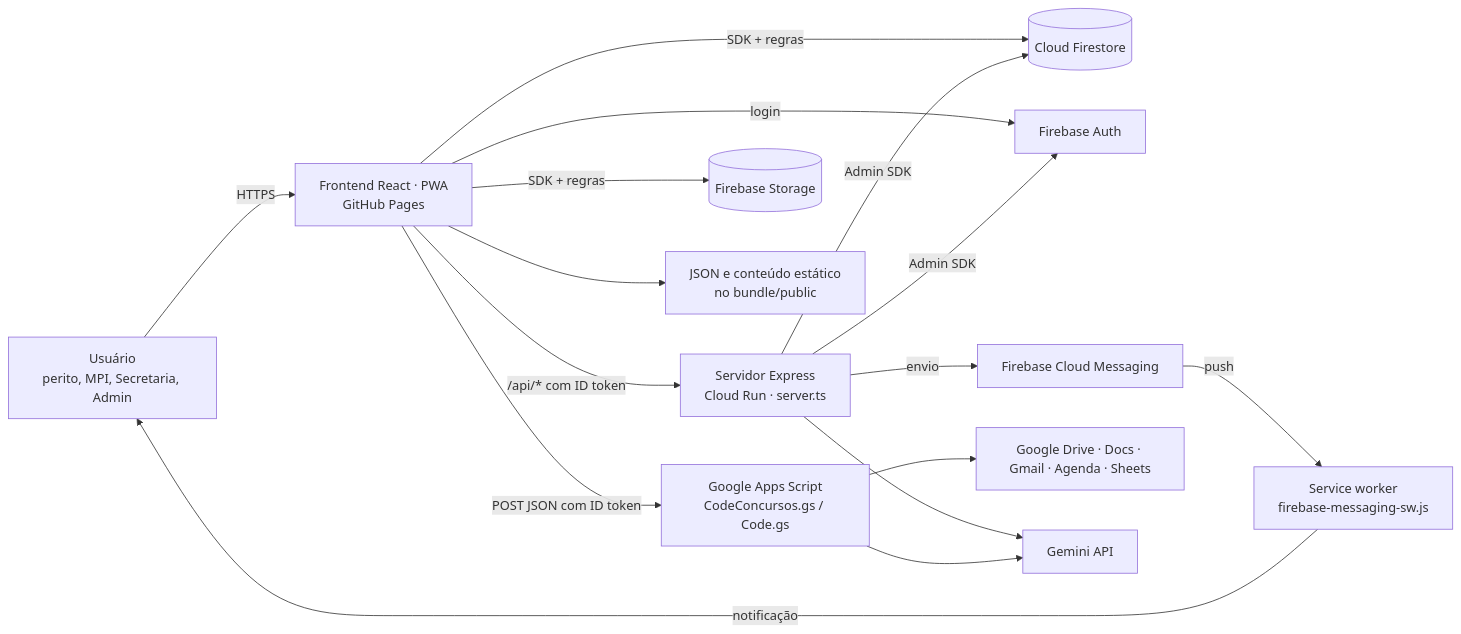
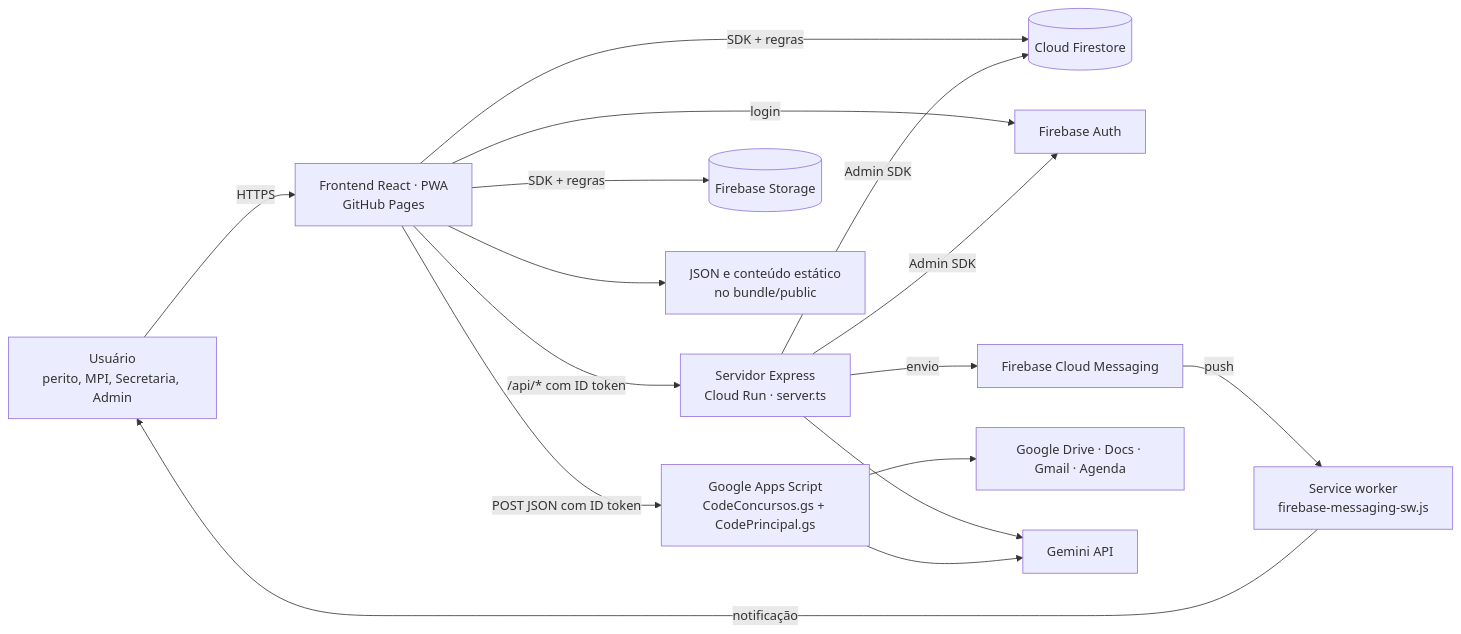
Before and after one commit to Mauriston/DoencasEPareceresJRS: the first of 4 diagrams in docs/architecture.md, drawn with Mermaid. The commit also changed other lines of this file and 11 other files, not shown here.

First line of the commit message:
chore: remove a planilha principal e o projeto Apps Script principal (obsoletos)

````diff
--- a/docs/architecture.md
+++ b/docs/architecture.md
@@ -25,31 +25,31 @@
 ```mermaid
 flowchart LR
     U[Usuário<br/>perito, MPI, Secretaria, Admin]
     FE[Frontend React · PWA<br/>GitHub Pages]
     SW[Service worker<br/>firebase-messaging-sw.js]
     RUN[Servidor Express<br/>Cloud Run · server.ts]
-    GAS[Google Apps Script<br/>CodeConcursos.gs / Code.gs]
+    GAS[Google Apps Script<br/>CodeConcursos.gs + CodePrincipal.gs]
     FS[(Cloud Firestore)]
     ST[(Firebase Storage)]
     AUTH[Firebase Auth]
     FCM[Firebase Cloud Messaging]
-    GW[Google Drive · Docs · Gmail · Agenda · Sheets]
+    GW[Google Drive · Docs · Gmail · Agenda]
     GEMINI[Gemini API]
     STATIC[JSON e conteúdo estático<br/>no bundle/public]
 
     U -->|HTTPS| FE
     FE --> STATIC
     FE -->|SDK + regras| FS
     FE -->|SDK + regras| ST
     FE -->|login| AUTH
     FE -->|/api/* com ID token| RUN
     FE -->|POST JSON com ID token| GAS
     RUN -->|Admin SDK| FS
     RUN -->|Admin SDK| AUTH
     RUN -->|envio| FCM
     RUN --> GEMINI
     FCM -->|push| SW
     SW -->|notificação| U
     GAS --> GW
     GAS --> GEMINI
 ```
````
